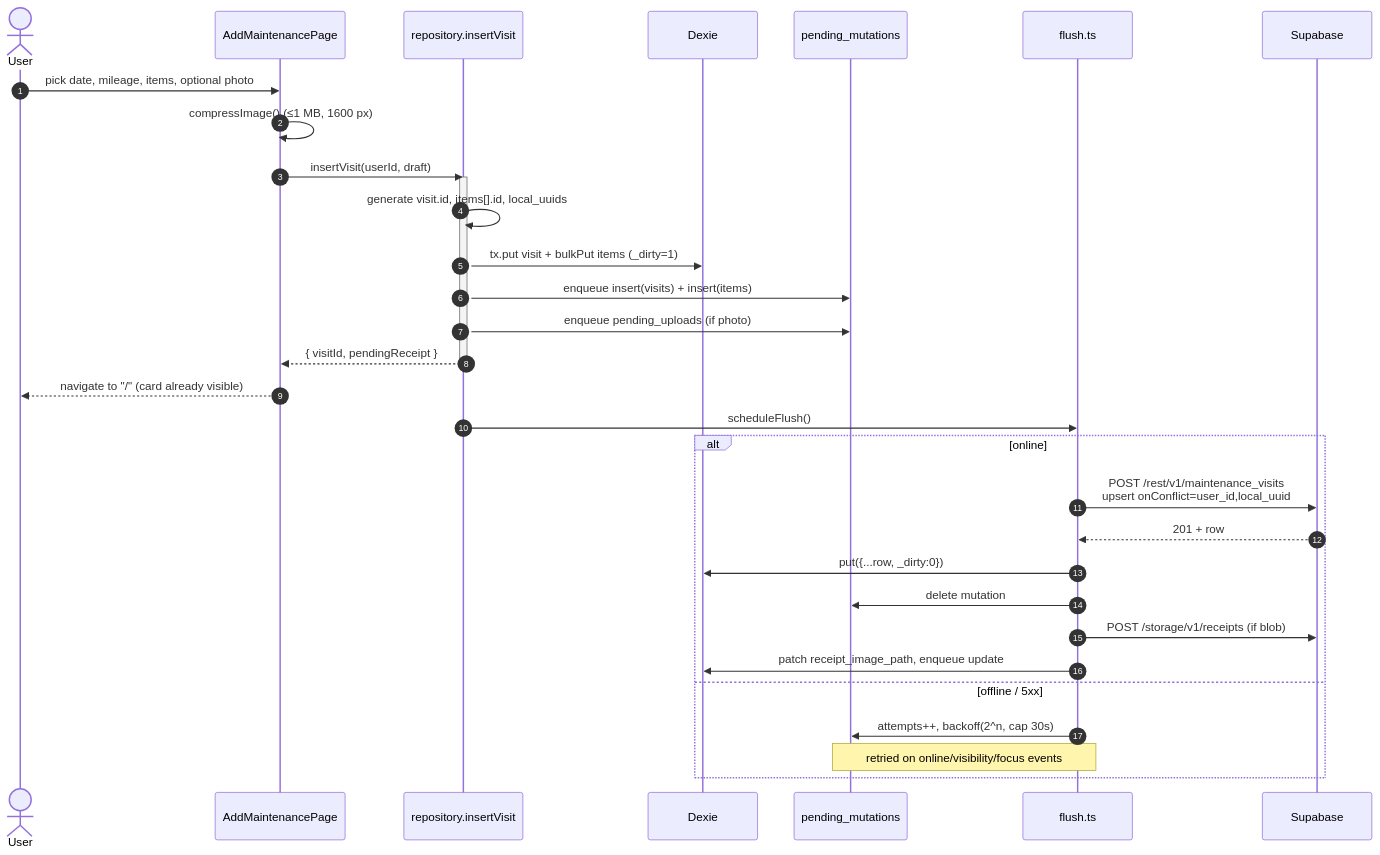
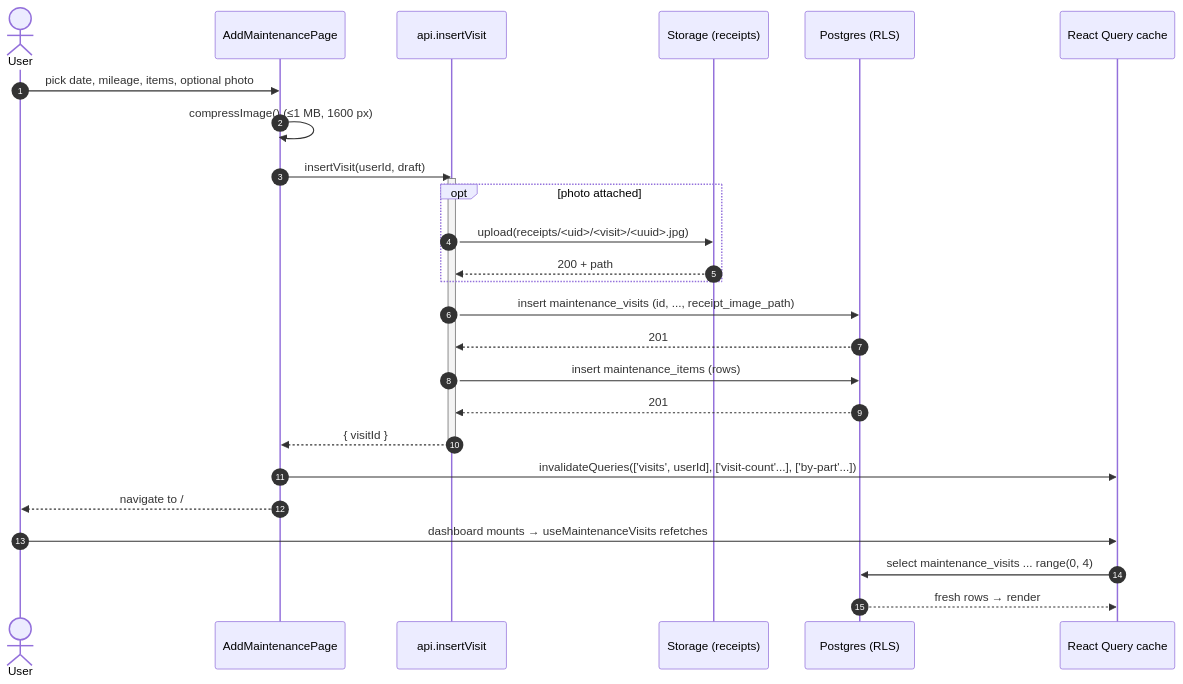
One commit to DoctorKS/Car_maintainace changed the third of 6 diagrams in README.md. Above: the diagram before and after it, drawn with Mermaid. The commit also changed other lines of this file and 1 other file, not shown here.

````diff
--- a/README.md
+++ b/README.md
@@ -217,36 +246,30 @@
 ```mermaid
 sequenceDiagram
     autonumber
     actor U as User
     participant P as AddMaintenancePage
-    participant R as repository.insertVisit
-    participant D as Dexie
-    participant Q as pending_mutations
-    participant F as flush.ts
-    participant S as Supabase
+    participant A as api.insertVisit
+    participant ST as Storage (receipts)
+    participant PG as Postgres (RLS)
+    participant Q as React Query cache
 
     U->>P: pick date, mileage, items, optional photo
     P->>P: compressImage() (≤1 MB, 1600 px)
-    P->>R: insertVisit(userId, draft)
-    activate R
-    R->>R: generate visit.id, items[].id, local_uuids
-    R->>D: tx.put visit + bulkPut items (_dirty=1)
-    R->>Q: enqueue insert(visits) + insert(items)
-    R->>Q: enqueue pending_uploads (if photo)
-    R-->>P: { visitId, pendingReceipt }
-    deactivate R
-    P-->>U: navigate to "/" (card already visible)
-
-    R->>F: scheduleFlush()
-    alt online
-        F->>S: POST /rest/v1/maintenance_visits<br/>upsert onConflict=user_id,local_uuid
-        S-->>F: 201 + row
-        F->>D: put({...row, _dirty:0})
-        F->>Q: delete mutation
-        F->>S: POST /storage/v1/receipts (if blob)
-        F->>D: patch receipt_image_path, enqueue update
-    else offline / 5xx
-        F->>Q: attempts++, backoff(2^n, cap 30s)
-        Note over F,Q: retried on online/visibility/focus events
+    P->>A: insertVisit(userId, draft)
+    activate A
+    opt photo attached
+        A->>ST: upload(receipts/<uid>/<visit>/<uuid>.jpg)
+        ST-->>A: 200 + path
     end
+    A->>PG: insert maintenance_visits (id, ..., receipt_image_path)
+    PG-->>A: 201
+    A->>PG: insert maintenance_items (rows)
+    PG-->>A: 201
+    A-->>P: { visitId }
+    deactivate A
+    P->>Q: invalidateQueries(['visits', userId], ['visit-count'...], ['by-part'...])
+    P-->>U: navigate to /
+    U->>Q: dashboard mounts → useMaintenanceVisits refetches
+    Q->>PG: select maintenance_visits ... range(0, 4)
+    PG-->>Q: fresh rows → render
 ```
````
